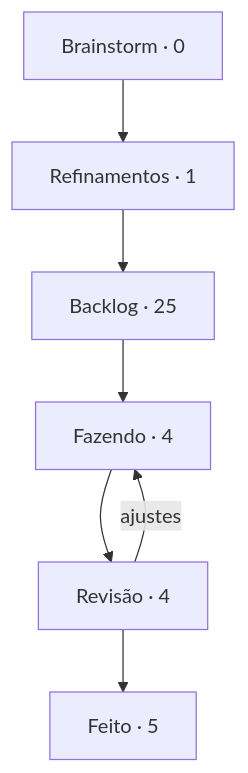
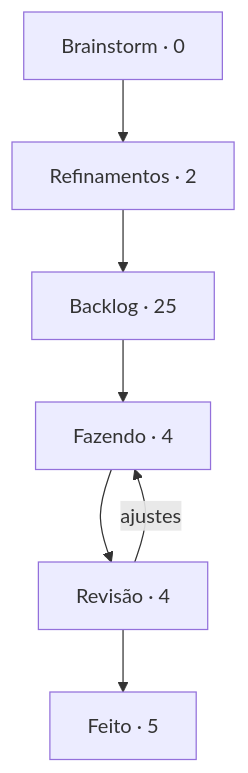
One commit to StudioVibi/VibiKanban changed the diagram in boards/dungeon-bend/BOARD.md. Above: the diagram before and after it, drawn with Mermaid. The commit also changed other lines of this file and 2 other files, not shown here.

````diff
--- a/boards/dungeon-bend/BOARD.md
+++ b/boards/dungeon-bend/BOARD.md
@@ -5,12 +5,12 @@
 ```mermaid
 flowchart TD
-  brainstorm["Brainstorm · 0"] --> refinamentos["Refinamentos · 1"]
+  brainstorm["Brainstorm · 0"] --> refinamentos["Refinamentos · 2"]
   refinamentos --> backlog["Backlog · 25"]
   backlog --> doing["Fazendo · 4"]
   doing --> review["Revisão · 4"]
   review --> done["Feito · 5"]
   review -->|ajustes| doing
   doing:::blue
   review:::yellow
   done:::green
 ```
````
